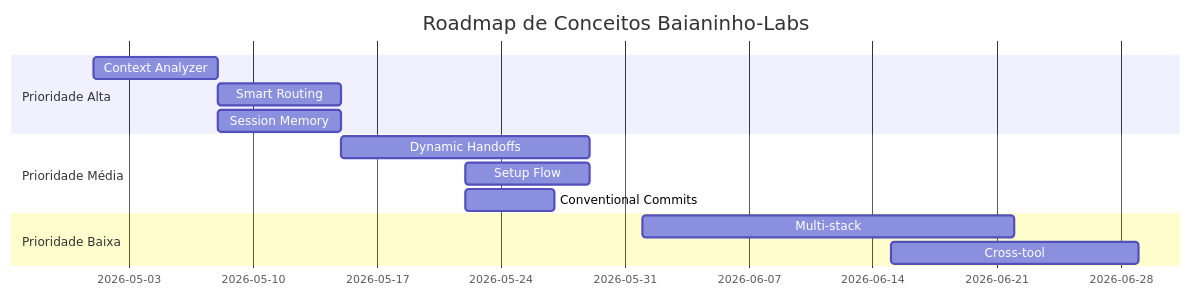
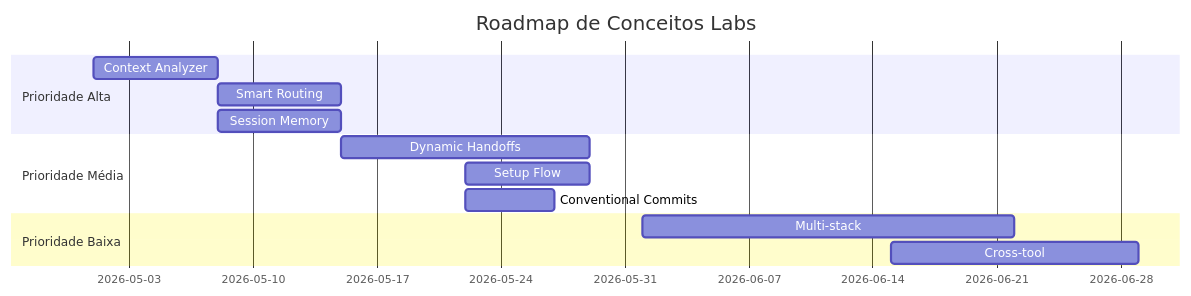
Before and after one commit to JonathanBenicio/Agent-System: the diagram in docs/historico/README-old.md, drawn with Mermaid. The commit also changed other lines of this file and 91 other files, not shown here.

````diff
--- a/docs/historico/README-old.md
+++ b/docs/historico/README-old.md
@@ -694,16 +694,16 @@
 ```mermaid
 gantt
-    title Roadmap de Conceitos Baianinho-Labs
+    title Roadmap de Conceitos Labs
     dateFormat  YYYY-MM-DD
     section Prioridade Alta
     Context Analyzer    :2026-05-01, 7d
     Smart Routing      :2026-05-08, 7d
     Session Memory     :2026-05-08, 7d
     section Prioridade Média  
     Dynamic Handoffs   :2026-05-15, 14d
     Setup Flow         :2026-05-22, 7d
     Conventional Commits :2026-05-22, 5d
     section Prioridade Baixa
     Multi-stack        :2026-06-01, 21d
     Cross-tool         :2026-06-15, 14d
 ```
````
